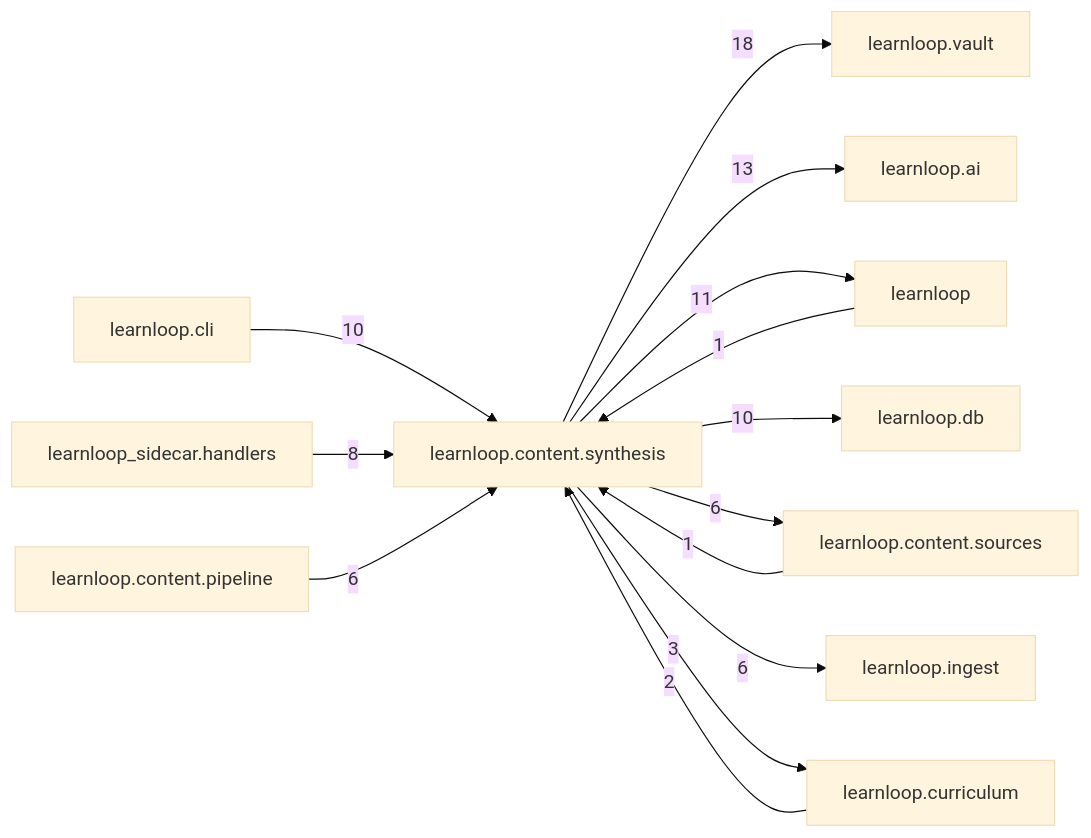
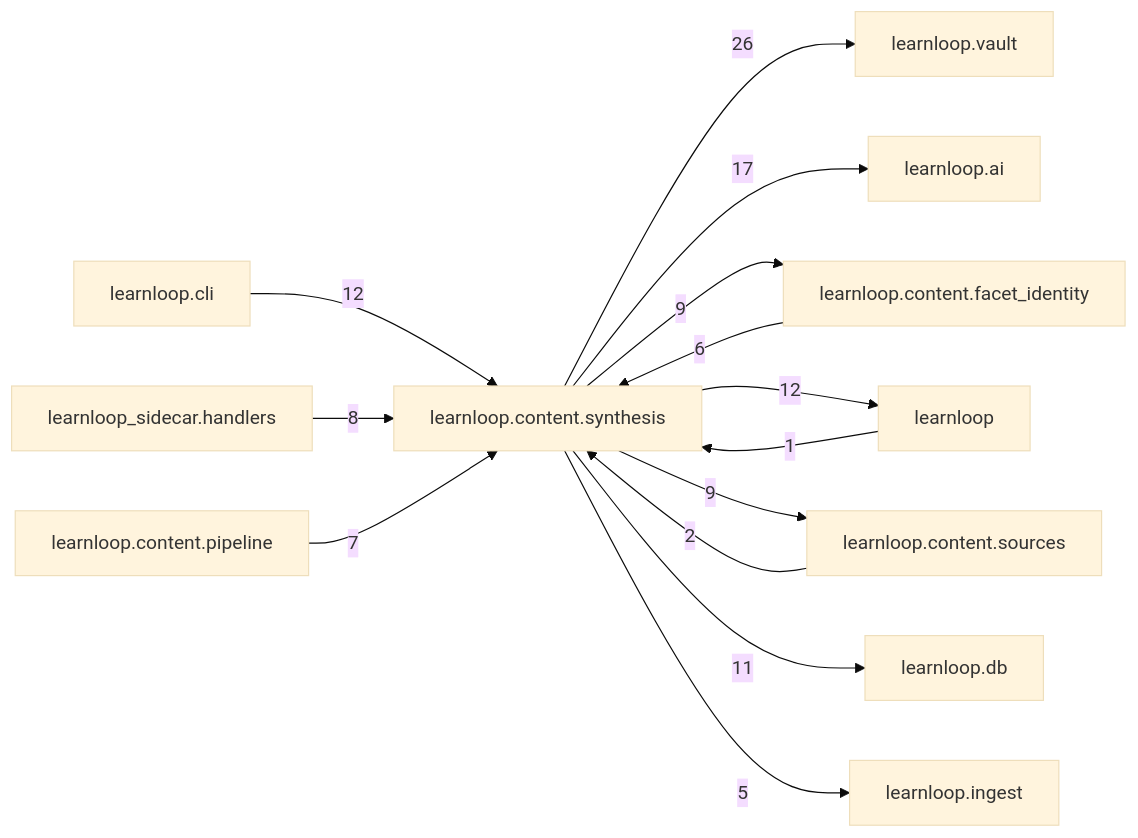
Before and after one commit to 6up-b/learnanything: the diagram in docs/learnloop-architecture-vault/Reference/Modules/learnloop/content/synthesis/_package.md, drawn with Mermaid (base theme). The commit also changed other lines of this file and 1202 other files, not shown here.

````diff
--- a/docs/learnloop-architecture-vault/Reference/Modules/learnloop/content/synthesis/_package.md
+++ b/docs/learnloop-architecture-vault/Reference/Modules/learnloop/content/synthesis/_package.md
@@ -118,27 +123,27 @@
 ```mermaid
 flowchart LR
     center["learnloop.content.synthesis"]
     n_learnloop_vault["learnloop.vault"]
     n_learnloop_ai["learnloop.ai"]
+    n_learnloop_content_facet_identity["learnloop.content.facet_identity"]
     n_learnloop["learnloop"]
     n_learnloop_cli["learnloop.cli"]
+    n_learnloop_content_sources["learnloop.content.sources"]
     n_learnloop_db["learnloop.db"]
     n_learnloop_sidecar_handlers["learnloop_sidecar.handlers"]
-    n_learnloop_content_sources["learnloop.content.sources"]
     n_learnloop_content_pipeline["learnloop.content.pipeline"]
     n_learnloop_ingest["learnloop.ingest"]
-    n_learnloop_curriculum["learnloop.curriculum"]
-    center -->|18| n_learnloop_vault
-    center -->|13| n_learnloop_ai
+    center -->|26| n_learnloop_vault
+    center -->|17| n_learnloop_ai
+    n_learnloop_content_facet_identity -->|6| center
+    center -->|9| n_learnloop_content_facet_identity
     n_learnloop -->|1| center
-    center -->|11| n_learnloop
-    n_learnloop_cli -->|10| center
-    center -->|10| n_learnloop_db
+    center -->|12| n_learnloop
+    n_learnloop_cli -->|12| center
+    n_learnloop_content_sources -->|2| center
+    center -->|9| n_learnloop_content_sources
+    center -->|11| n_learnloop_db
     n_learnloop_sidecar_handlers -->|8| center
-    n_learnloop_content_sources -->|1| center
-    center -->|6| n_learnloop_content_sources
-    n_learnloop_content_pipeline -->|6| center
-    center -->|6| n_learnloop_ingest
-    n_learnloop_curriculum -->|2| center
-    center -->|3| n_learnloop_curriculum
+    n_learnloop_content_pipeline -->|7| center
+    center -->|5| n_learnloop_ingest
 ```
````
